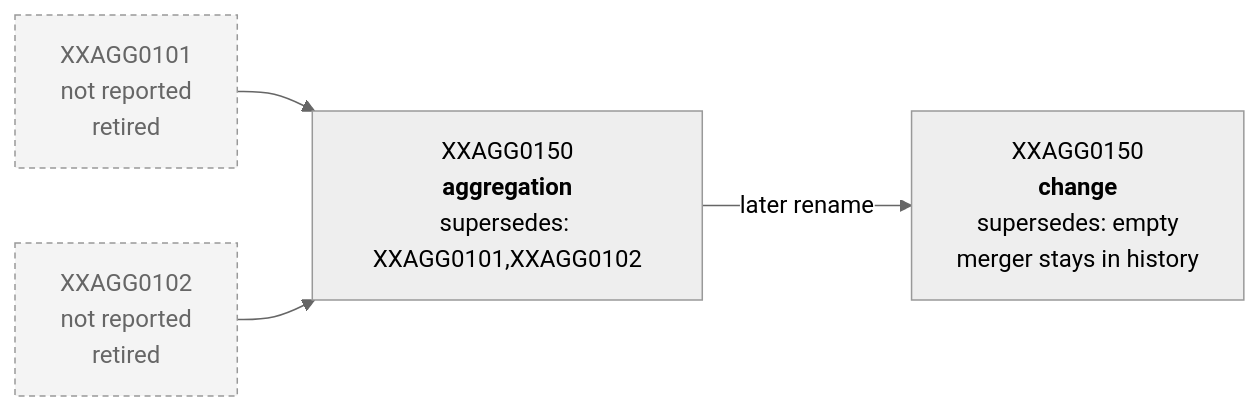
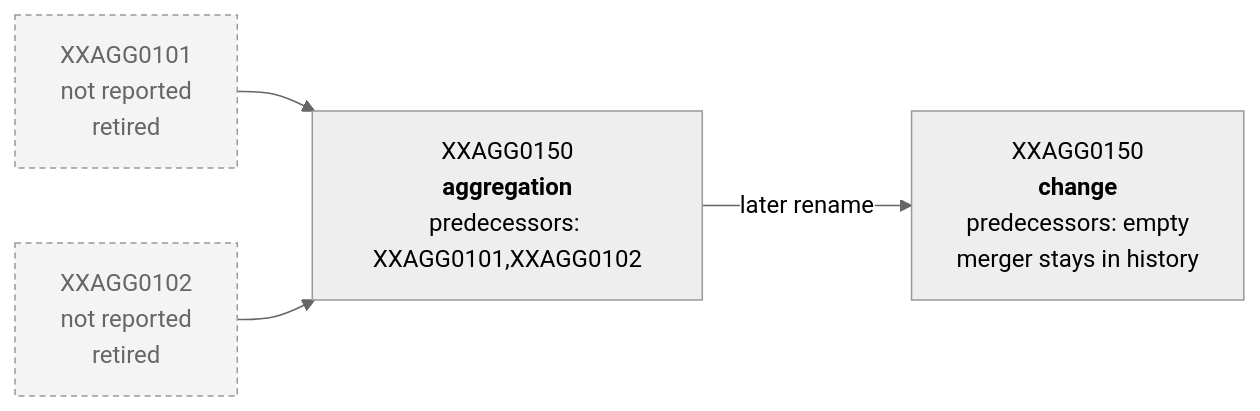
One commit to eeadata/WISE.UWWTD.Documentation changed the diagram in docs/rUWWTD2024/SpatialPoints/mmd/SpatialPoints_Example_Merger.mmd. Above: the diagram before and after it, drawn with Mermaid. The commit also changed 11 other files, not shown here.

First line of the commit message:
Align the spatial points tables with the geospatial schema and WISE

```diff
--- a/docs/rUWWTD2024/SpatialPoints/mmd/SpatialPoints_Example_Merger.mmd
+++ b/docs/rUWWTD2024/SpatialPoints/mmd/SpatialPoints_Example_Merger.mmd
@@ -1,13 +1,13 @@
 ---
 config:
   theme: neutral
   flowchart:
     useMaxWidth: false
 ---
 flowchart LR
-  A["XXAGG0101<br/>not reported<br/>retired"] --> N["XXAGG0150<br/><b>aggregation</b><br/>supersedes: XXAGG0101,XXAGG0102"]
+  A["XXAGG0101<br/>not reported<br/>retired"] --> N["XXAGG0150<br/><b>aggregation</b><br/>predecessors: XXAGG0101,XXAGG0102"]
   B["XXAGG0102<br/>not reported<br/>retired"] --> N
-  N -- "later rename" --> N2["XXAGG0150<br/><b>change</b><br/>supersedes: empty<br/>merger stays in history"]
+  N -- "later rename" --> N2["XXAGG0150<br/><b>change</b><br/>predecessors: empty<br/>merger stays in history"]
 
   classDef retired fill:#f4f4f4,stroke:#999,stroke-dasharray:4 3,color:#666;
   class A,B retired;
```
